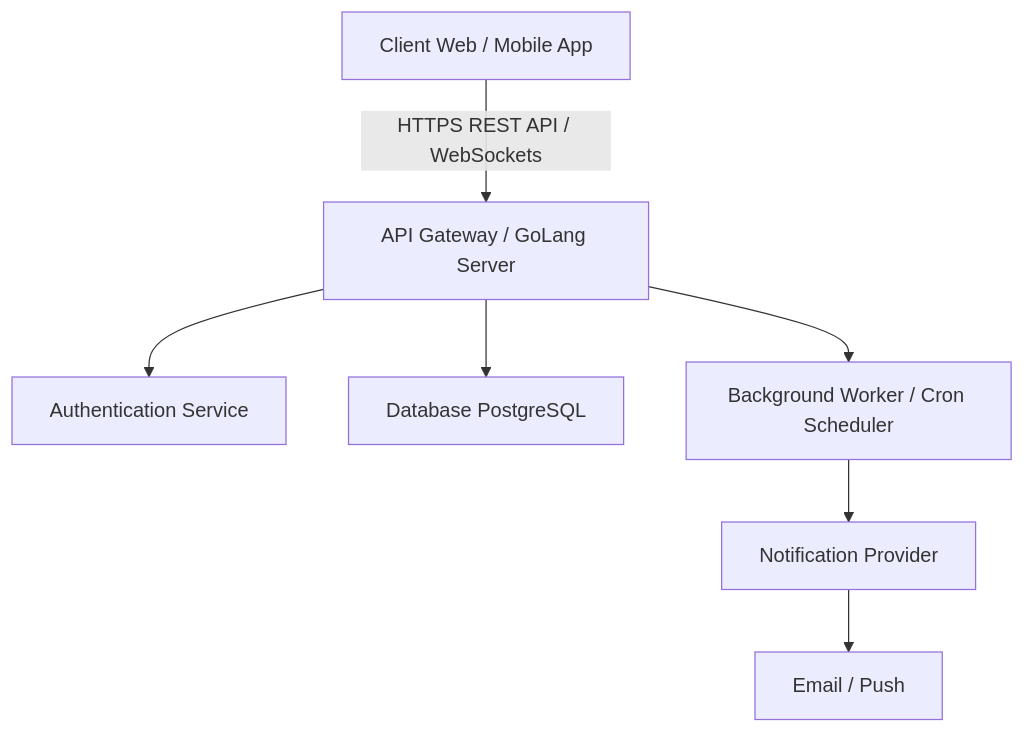
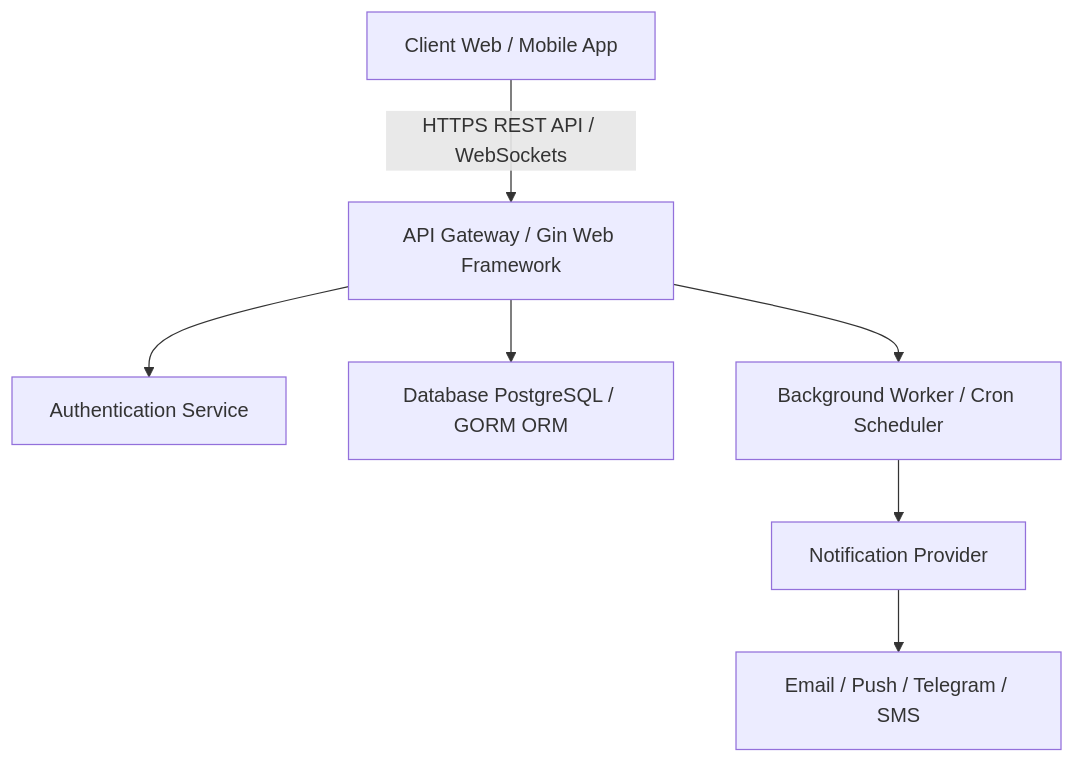
One commit to pawpet-org/sdlc changed the diagram in system_design.md. Above: the diagram before and after it, drawn with Mermaid. The commit also changed 1 other file, not shown here.

Commit message:
specify database ORM and API framework

````diff
--- a/system_design.md
+++ b/system_design.md
@@ -9,17 +9,17 @@
 ```mermaid
 flowchart TD
     A[Client Web / Mobile App]
-    B[API Gateway / GoLang Server]
+    B[API Gateway / Gin Web Framework]
     C[Authentication Service]
-    D[Database PostgreSQL]
+    D[Database PostgreSQL / GORM ORM]
     E[Background Worker / Cron Scheduler]
     F[Notification Provider]
-    G[Email / Push]
+    G[Email / Push / Telegram / SMS]
 
     A -->|HTTPS REST API / WebSockets| B
     B --> C
     B --> D
     B --> E
     E --> F
     F --> G
 ```
````
